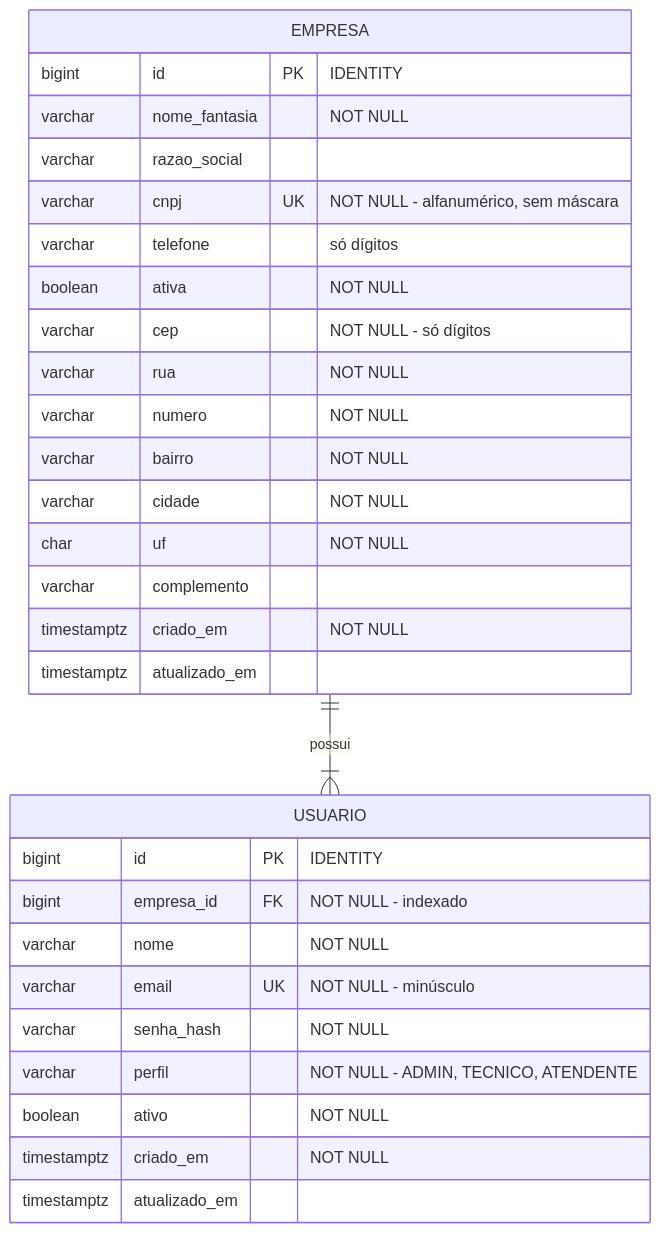
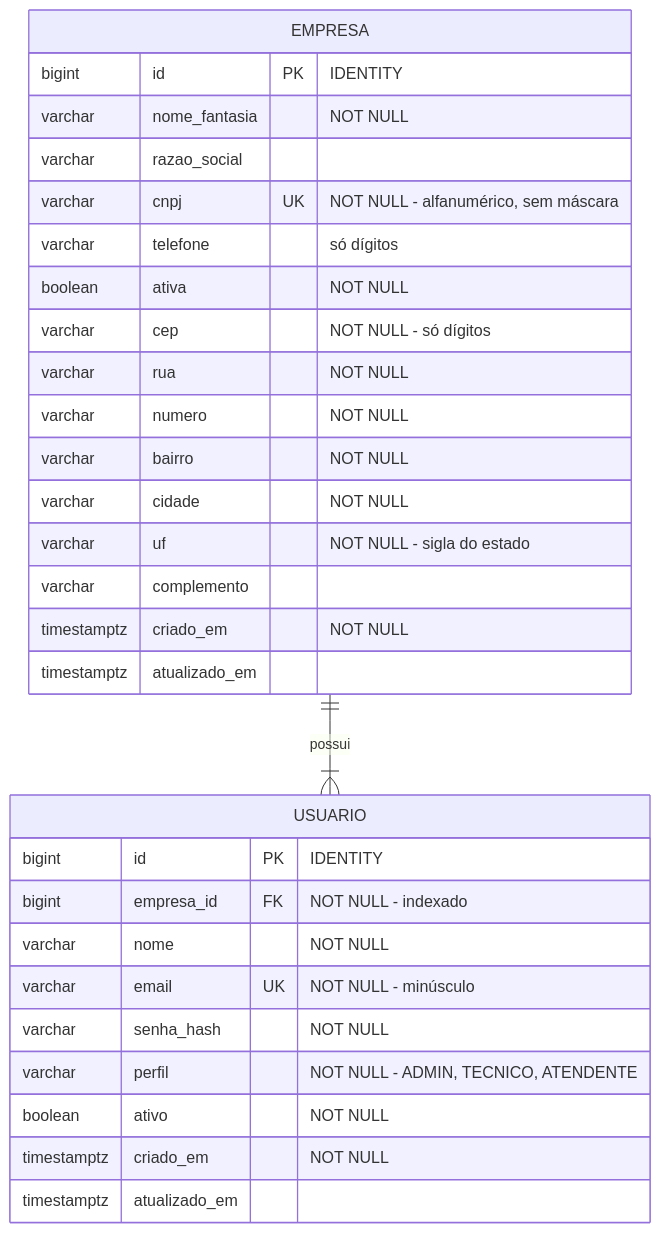
Before and after one commit to RobsonSF97/Projeto-MaTex: the first of 2 diagrams in docs/modelo-de-dados.md, drawn with Mermaid. The commit also changed other lines of this file and 3 other files, not shown here.

````diff
--- a/docs/modelo-de-dados.md
+++ b/docs/modelo-de-dados.md
@@ -8,34 +8,34 @@
 ```mermaid
 erDiagram
     EMPRESA ||--|{ USUARIO : "possui"
 
     EMPRESA {
         bigint id PK "IDENTITY"
         varchar nome_fantasia "NOT NULL"
         varchar razao_social
         varchar cnpj UK "NOT NULL - alfanumérico, sem máscara"
         varchar telefone "só dígitos"
         boolean ativa "NOT NULL"
         varchar cep "NOT NULL - só dígitos"
         varchar rua "NOT NULL"
         varchar numero "NOT NULL"
         varchar bairro "NOT NULL"
         varchar cidade "NOT NULL"
-        char uf "NOT NULL"
+        varchar uf "NOT NULL - sigla do estado"
         varchar complemento
         timestamptz criado_em "NOT NULL"
         timestamptz atualizado_em
     }
 
     USUARIO {
         bigint id PK "IDENTITY"
         bigint empresa_id FK "NOT NULL - indexado"
         varchar nome "NOT NULL"
         varchar email UK "NOT NULL - minúsculo"
         varchar senha_hash "NOT NULL"
         varchar perfil "NOT NULL - ADMIN, TECNICO, ATENDENTE"
         boolean ativo "NOT NULL"
         timestamptz criado_em "NOT NULL"
         timestamptz atualizado_em
     }
 ```
````
